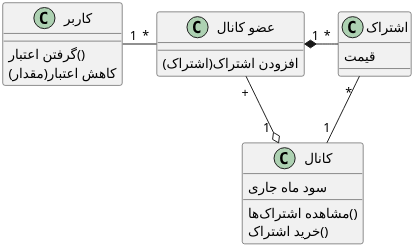
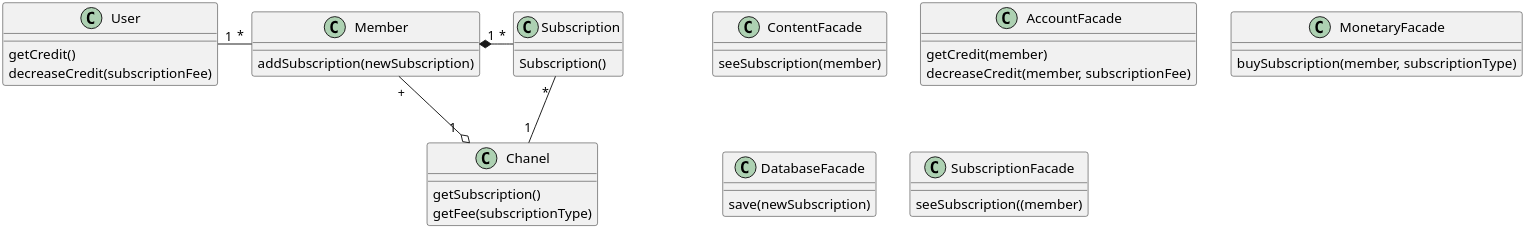
The diagram in Diagrams/Design Class/BuySubscription.puml (soleyman79/Qasedak), drawn with PlantUML before and after one commit.

Commit message:
update Design class: BuySubscription

```diff
--- a/Diagrams/Design Class/BuySubscription.puml
+++ b/Diagrams/Design Class/BuySubscription.puml
@@ -1,31 +1,51 @@
 @startuml buy_subscription
 
 scale 3
 skinparam DefaultFontName B Nazanin
 skinparam ArrowMessageAlignment right
 
-class "اشتراک" as subscription {
-    قیمت
+class "Subscription" as subscription {
+    Subscription()
 }
 
-class "کانال" as chanel {
-    سود ماه جاری
-    مشاهده اشتراک‌ها()
-    خرید اشتراک()
+class "Chanel" as chanel {
+    getSubscription()
+    getFee(subscriptionType)
 }
 
-class "عضو کانال" as member {
-    افزودن اشتراک(اشتراک)
+class "Member" as member {
+    addSubscription(newSubscription)
 }
 
-class "کاربر" as user {
-    گرفتن اعتبار()
-    کاهش اعتبار(مقدار)
+class "User" as user {
+    getCredit()
+    decreaseCredit(subscriptionFee)
+}
+
+class "ContentFacade" {
+    seeSubscription(member)
+}
+
+class "AccountFacade" {
+    getCredit(member)
+    decreaseCredit(member, subscriptionFee)
+}
+
+class "MonetaryFacade" {
+    buySubscription(member, subscriptionType)
+}
+
+class "DatabaseFacade" {
+    save(newSubscription)
+}
+
+class "SubscriptionFacade" {
+    seeSubscription((member)
 }
 
 subscription "              *" -down- "1" chanel
 chanel "                    1" o-up- "+" member
 member "1" *-right- "*" subscription
 member "*" -left- "1" user
 
 @enduml
```
